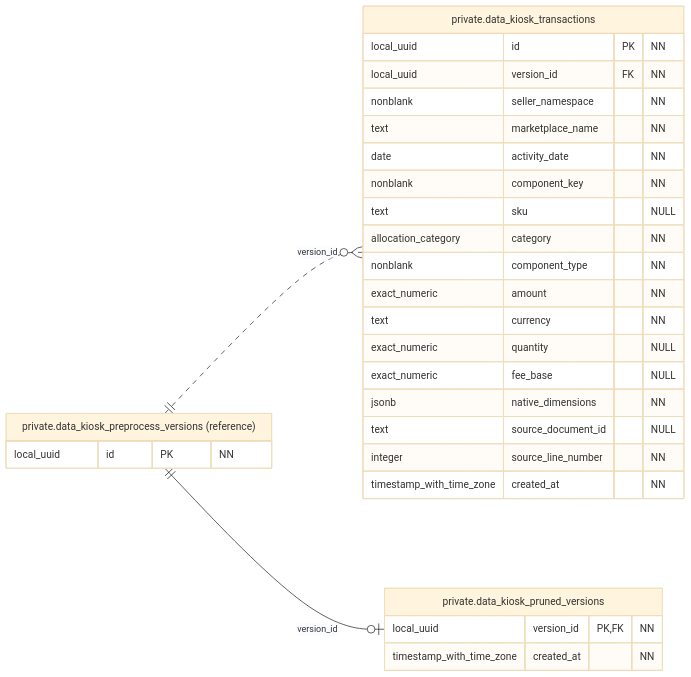
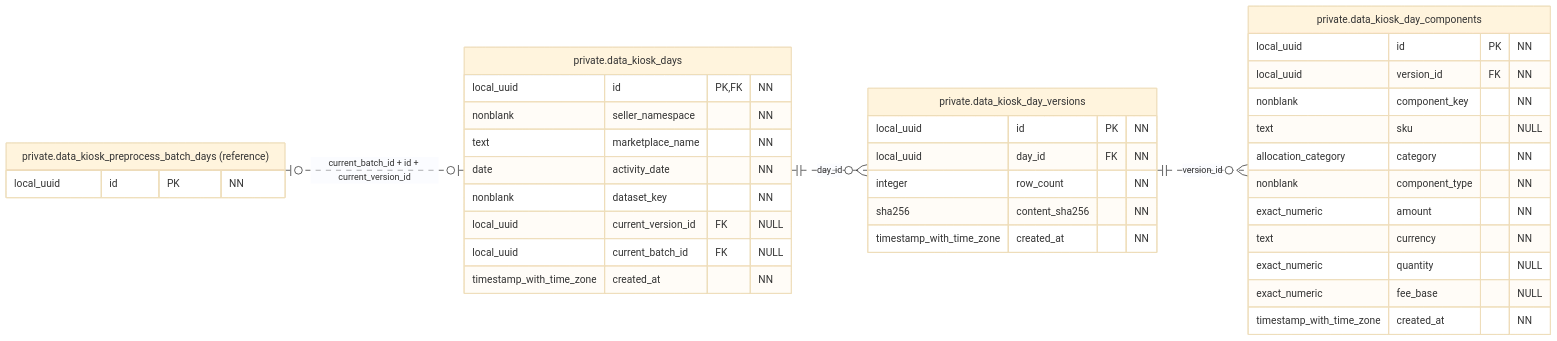
One commit to qwercxzsda/A-SelBox changed the diagram in docs/figures/database/05-data-kiosk-facts.mmd. Above: the diagram before and after it, drawn with Mermaid (base theme). The commit also changed 127 other files, not shown here.

First line of the commit message:
refactor: rebuild Data Kiosk around reusable immutable day versions

```diff
--- a/docs/figures/database/05-data-kiosk-facts.mmd
+++ b/docs/figures/database/05-data-kiosk-facts.mmd
@@ -1,33 +1,42 @@
 erDiagram
     direction LR
-    private_data_kiosk_preprocess_versions ||..o{ private_data_kiosk_transactions : "version_id"
-    private_data_kiosk_preprocess_versions ||--o| private_data_kiosk_pruned_versions : "version_id"
+    private_data_kiosk_preprocess_batch_days o|..o| private_data_kiosk_days : "current_batch_id + id + current_version_id"
+    private_data_kiosk_days ||..o{ private_data_kiosk_day_versions : "day_id"
+    private_data_kiosk_day_versions ||..o{ private_data_kiosk_day_components : "version_id"
 
-    private_data_kiosk_transactions["private.data_kiosk_transactions"] {
-        local_uuid id PK "NN"
-        local_uuid version_id FK "NN"
+    private_data_kiosk_days["private.data_kiosk_days"] {
+        local_uuid id PK, FK "NN"
         nonblank seller_namespace "NN"
         text marketplace_name "NN"
         date activity_date "NN"
+        nonblank dataset_key "NN"
+        local_uuid current_version_id FK "NULL"
+        local_uuid current_batch_id FK "NULL"
+        timestamp_with_time_zone created_at "NN"
+    }
+
+    private_data_kiosk_day_versions["private.data_kiosk_day_versions"] {
+        local_uuid id PK "NN"
+        local_uuid day_id FK "NN"
+        integer row_count "NN"
+        sha256 content_sha256 "NN"
+        timestamp_with_time_zone created_at "NN"
+    }
+
+    private_data_kiosk_day_components["private.data_kiosk_day_components"] {
+        local_uuid id PK "NN"
+        local_uuid version_id FK "NN"
         nonblank component_key "NN"
         text sku "NULL"
         allocation_category category "NN"
         nonblank component_type "NN"
         exact_numeric amount "NN"
         text currency "NN"
         exact_numeric quantity "NULL"
         exact_numeric fee_base "NULL"
-        jsonb native_dimensions "NN"
-        text source_document_id "NULL"
-        integer source_line_number "NN"
         timestamp_with_time_zone created_at "NN"
     }
 
-    private_data_kiosk_pruned_versions["private.data_kiosk_pruned_versions"] {
-        local_uuid version_id PK, FK "NN"
-        timestamp_with_time_zone created_at "NN"
-    }
-
-    private_data_kiosk_preprocess_versions["private.data_kiosk_preprocess_versions (reference)"] {
+    private_data_kiosk_preprocess_batch_days["private.data_kiosk_preprocess_batch_days (reference)"] {
         local_uuid id PK "NN"
     }
```
